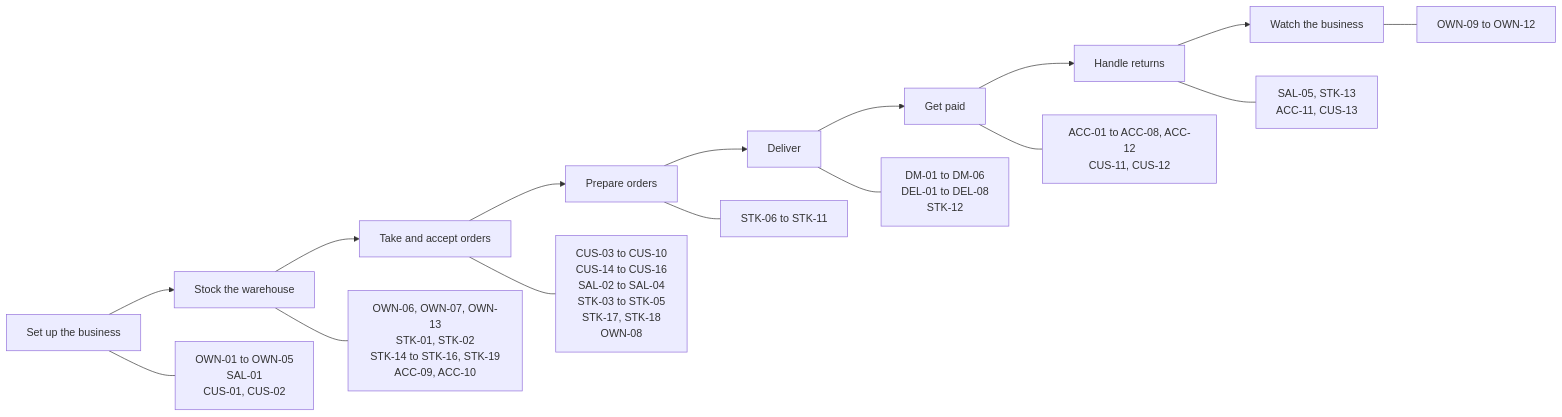
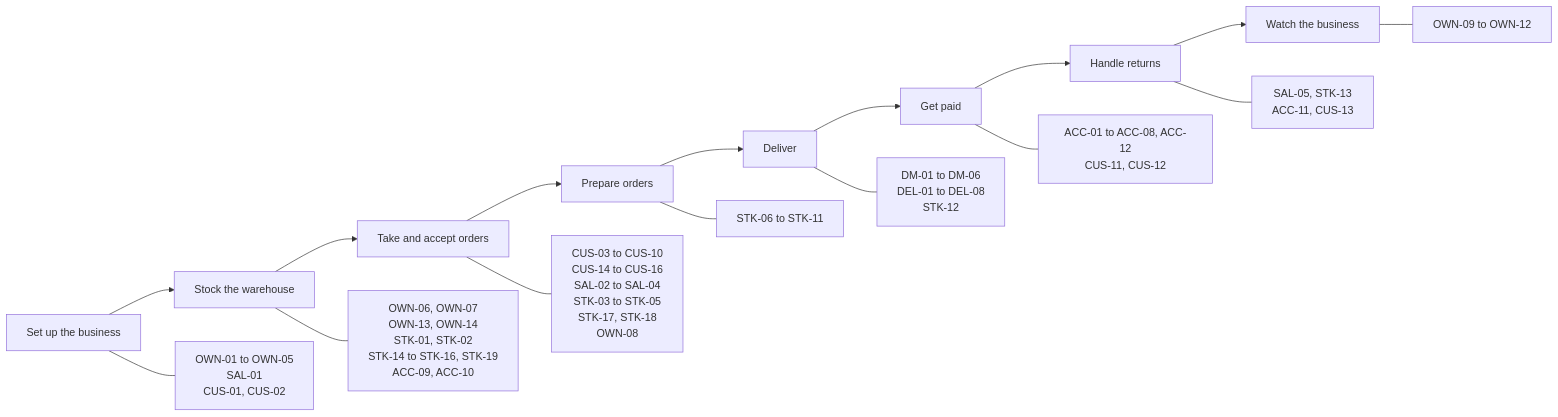
The diagram in docs/user-stories/README.md (AhmedElnagarUU/Cosmo), drawn with Mermaid before and after one commit. The commit also changed other lines of this file and 6 other files, not shown here.

````diff
--- a/docs/user-stories/README.md
+++ b/docs/user-stories/README.md
@@ -50,19 +50,19 @@
 ```mermaid
 flowchart LR
     S1[Set up the business] --> S2[Stock the warehouse]
     S2 --> S3[Take and accept orders]
     S3 --> S4[Prepare orders]
     S4 --> S5[Deliver]
     S5 --> S6[Get paid]
     S6 --> S7[Handle returns]
     S7 --> S8[Watch the business]
 
     S1 --- T1[OWN-01 to OWN-05<br/>SAL-01<br/>CUS-01, CUS-02]
-    S2 --- T2[OWN-06, OWN-07, OWN-13<br/>STK-01, STK-02<br/>STK-14 to STK-16, STK-19<br/>ACC-09, ACC-10]
+    S2 --- T2[OWN-06, OWN-07<br/>OWN-13, OWN-14<br/>STK-01, STK-02<br/>STK-14 to STK-16, STK-19<br/>ACC-09, ACC-10]
     S3 --- T3[CUS-03 to CUS-10<br/>CUS-14 to CUS-16<br/>SAL-02 to SAL-04<br/>STK-03 to STK-05<br/>STK-17, STK-18<br/>OWN-08]
     S4 --- T4[STK-06 to STK-11]
     S5 --- T5[DM-01 to DM-06<br/>DEL-01 to DEL-08<br/>STK-12]
     S6 --- T6[ACC-01 to ACC-08, ACC-12<br/>CUS-11, CUS-12]
     S7 --- T7[SAL-05, STK-13<br/>ACC-11, CUS-13]
     S8 --- T8[OWN-09 to OWN-12]
 ```
````
